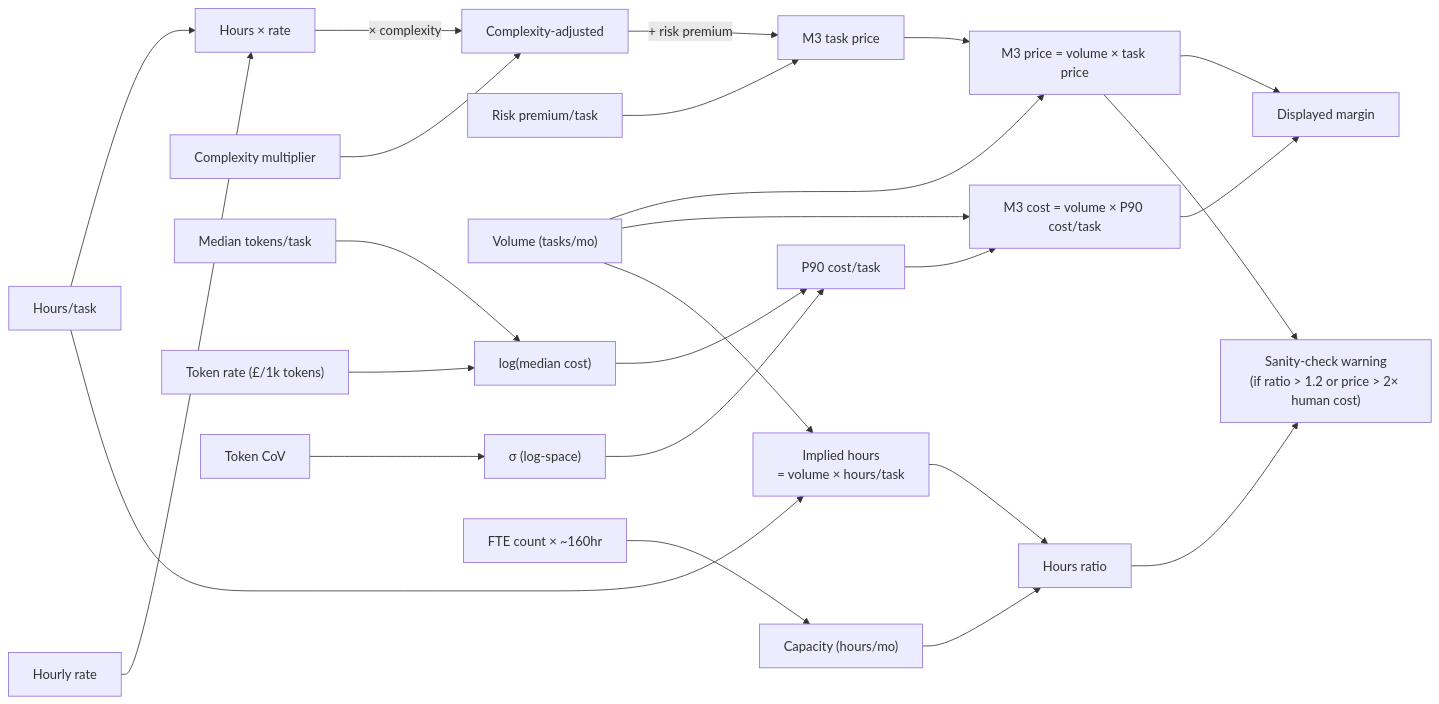
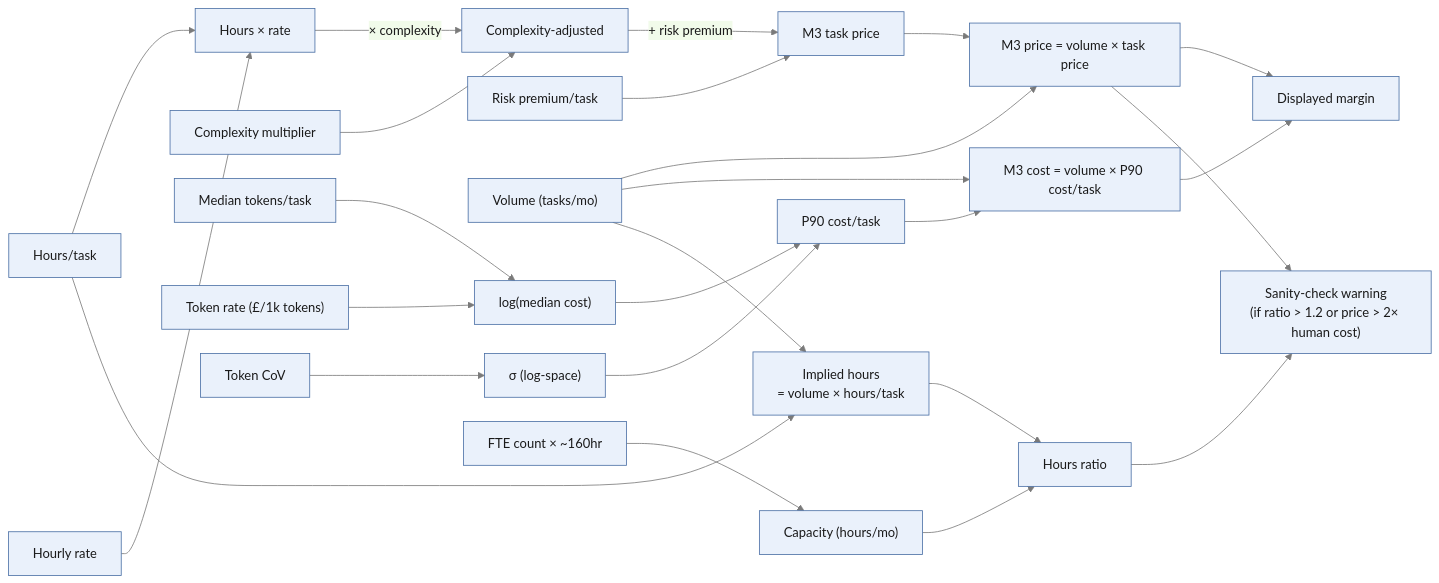
One commit to paulmilne/pricing-lab changed the fourth of 4 diagrams in causal-diagram.qmd. Above: the diagram before and after it, drawn with Mermaid. The commit also changed other lines of this file and 2 other files, not shown here.

Commit message:
Split dense master diagram in two; fix grey subgraph backgrounds obscuring text (Quarto's global mermaid override was winning over per-diagram theming)

````diff
--- a/causal-diagram.qmd
+++ b/causal-diagram.qmd
@@ -115,32 +148,33 @@
 ```{mermaid}
+%%{init: {"theme": "base", "themeVariables": {"fontSize": "16px", "primaryColor": "#eaf1fb", "primaryBorderColor": "#4a6fa5", "primaryTextColor": "#1a1a1a", "lineColor": "#7a7a7a"}, "flowchart": {"nodeSpacing": 30, "rankSpacing": 50}}}%%
 flowchart LR
   hrs3["Hours/task"] --> base3["Hours × rate"]
   rate3["Hourly rate"] --> base3
   base3 -->|"× complexity"| complexAdj3["Complexity-adjusted"]
   complexity3["Complexity multiplier"] --> complexAdj3
   complexAdj3 -->|"+ risk premium"| taskPrice["M3 task price"]
   riskPrem3["Risk premium/task"] --> taskPrice
 
   vol3["Volume (tasks/mo)"] --> price3["M3 price = volume × task price"]
   taskPrice --> price3
 
   tok3["Median tokens/task"] --> muC3["log(median cost)"]
   rate3b["Token rate (£/1k tokens)"] --> muC3
   cov3["Token CoV"] --> sigma3["σ (log-space)"]
   muC3 --> p903["P90 cost/task"]
   sigma3 --> p903
 
   p903 --> cost3["M3 cost = volume × P90 cost/task"]
   vol3 --> cost3
 
   price3 --> margin3out["Displayed margin"]
   cost3 --> margin3out
 
   fte3["FTE count × ~160hr"] --> capacity3["Capacity (hours/mo)"]
   vol3 --> impliedHrs3["Implied hours\n= volume × hours/task"]
   hrs3 --> impliedHrs3
   capacity3 --> ratio3["Hours ratio"]
   impliedHrs3 --> ratio3
   ratio3 --> warn3["Sanity-check warning\n(if ratio > 1.2 or price > 2× human cost)"]
   price3 --> warn3
 ```
````
